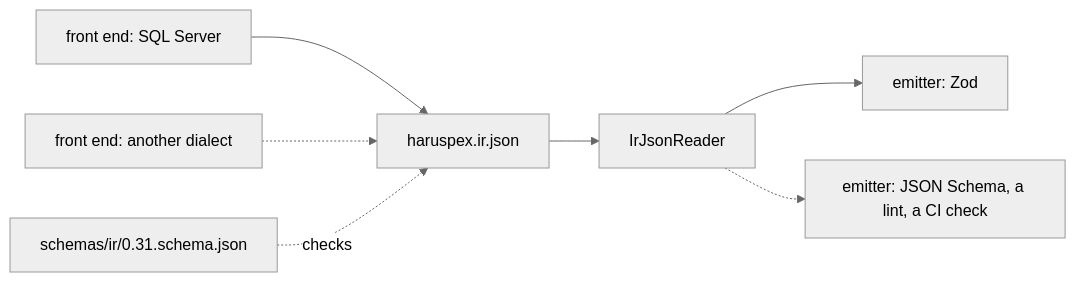
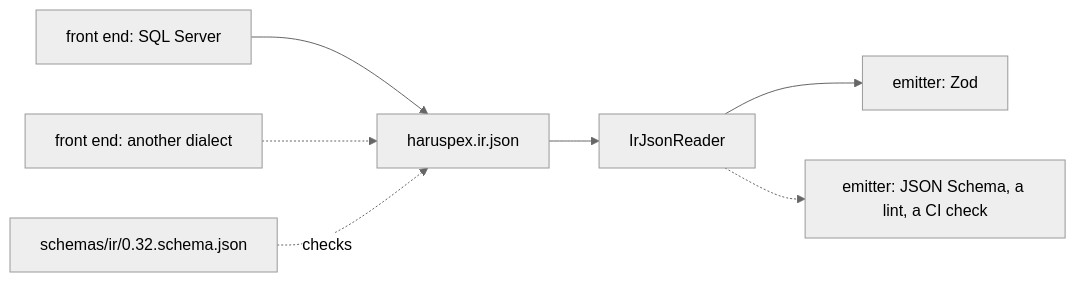
The diagram in docs/internals/10-the-ir-as-a-contract.md (haruspex-tools/haruspex), drawn with Mermaid (neutral theme) before and after one commit. The commit also changed other lines of this file and 61 other files, not shown here.

````diff
--- a/docs/internals/10-the-ir-as-a-contract.md
+++ b/docs/internals/10-the-ir-as-a-contract.md
@@ -26,9 +26,9 @@
 ```mermaid
 flowchart LR
     tsql["front end: SQL Server"] --> file["haruspex.ir.json"]
     pg["front end: another dialect"] -.-> file
     file --> reader["IrJsonReader"]
     reader --> zod["emitter: Zod"]
     reader -.-> other["emitter: JSON Schema, a lint, a CI check"]
-    schema["schemas/ir/0.31.schema.json"] -.->|checks| file
+    schema["schemas/ir/0.32.schema.json"] -.->|checks| file
 ```
````
